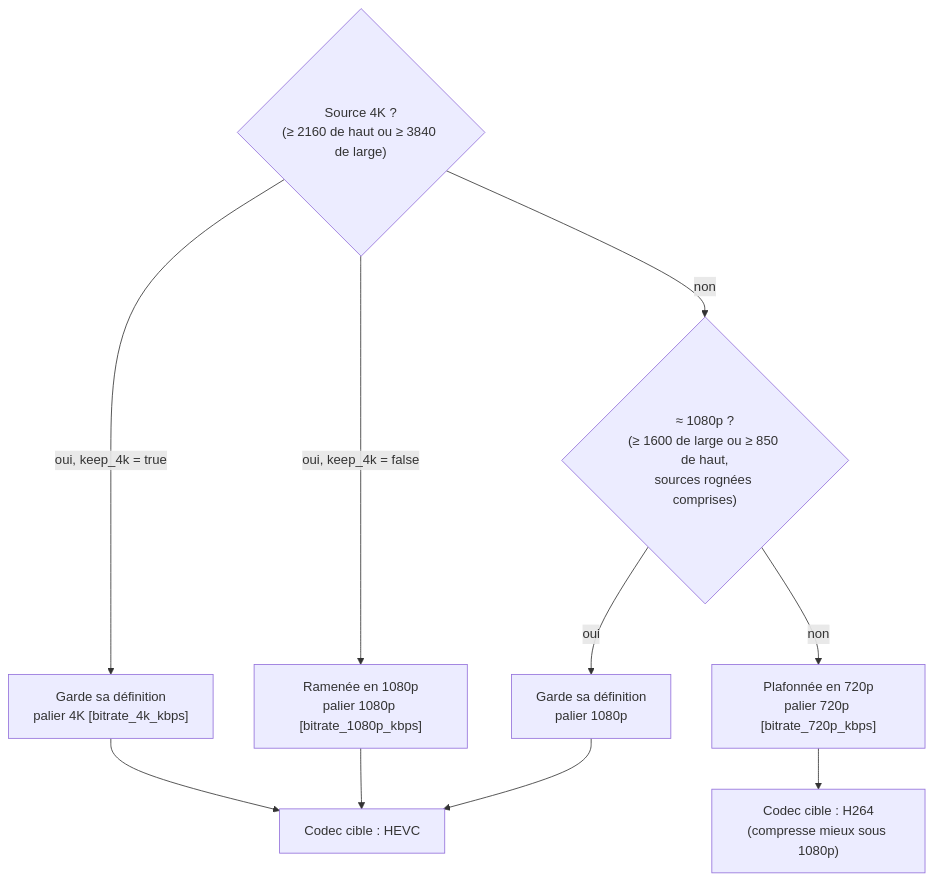
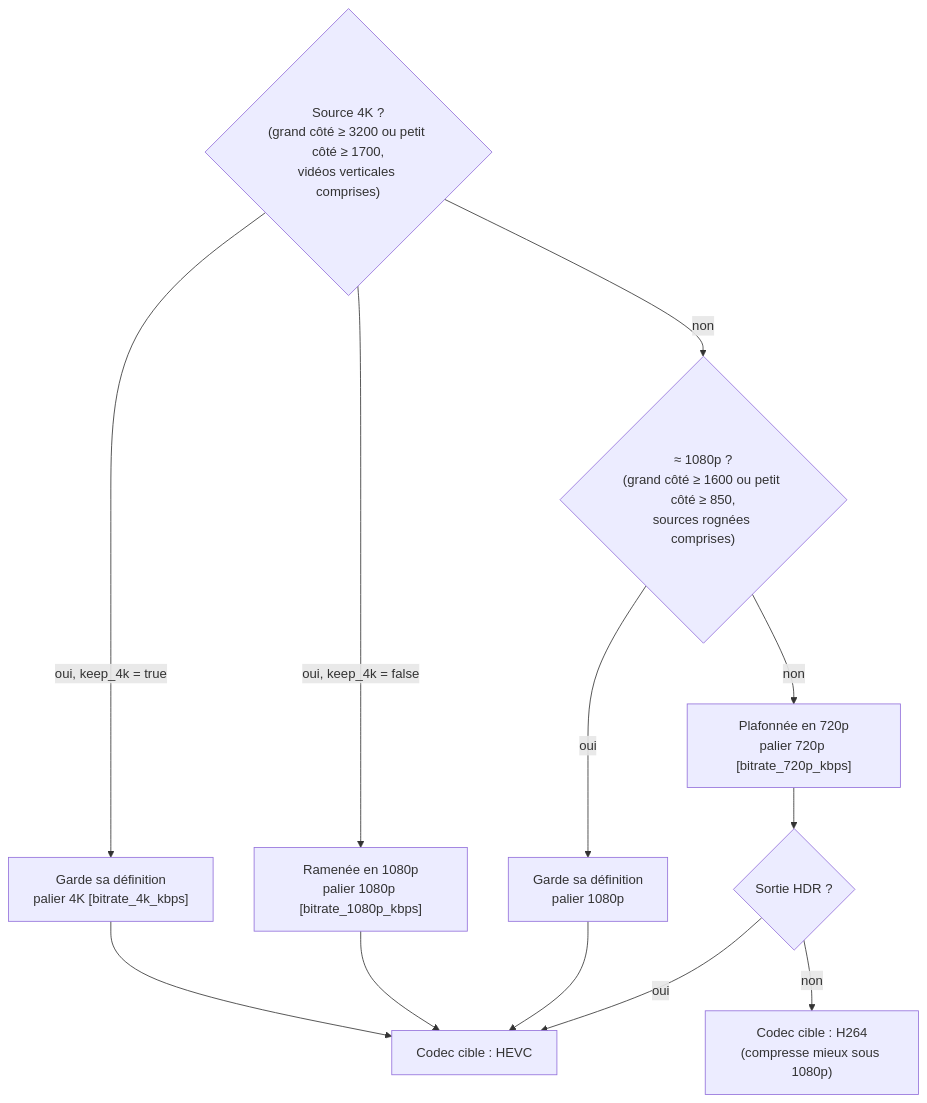
Before and after one commit to opegon/IRIS_Encode: the second of 6 diagrams in README.fr.md, drawn with Mermaid. The commit also changed other lines of this file and 21 other files, not shown here.

````diff
--- a/README.fr.md
+++ b/README.fr.md
@@ -89,13 +89,15 @@
 ```mermaid
 flowchart TD
-    D0{"Source 4K ?<br/>(≥ 2160 de haut ou ≥ 3840 de large)"}
+    D0{"Source 4K ?<br/>(grand côté ≥ 3200 ou petit côté ≥ 1700,<br/>vidéos verticales comprises)"}
     D0 -->|"oui, keep_4k = true"| D1["Garde sa définition<br/>palier 4K [bitrate_4k_kbps]"]
     D0 -->|"oui, keep_4k = false"| D2["Ramenée en 1080p<br/>palier 1080p [bitrate_1080p_kbps]"]
-    D0 -->|non| D3{"≈ 1080p ?<br/>(≥ 1600 de large ou ≥ 850 de haut,<br/>sources rognées comprises)"}
+    D0 -->|non| D3{"≈ 1080p ?<br/>(grand côté ≥ 1600 ou petit côté ≥ 850,<br/>sources rognées comprises)"}
     D3 -->|oui| D4["Garde sa définition<br/>palier 1080p"]
     D3 -->|non| D5["Plafonnée en 720p<br/>palier 720p [bitrate_720p_kbps]"]
     D1 --> K["Codec cible : HEVC"]
     D2 --> K
     D4 --> K
-    D5 --> K2["Codec cible : H264<br/>(compresse mieux sous 1080p)"]
+    D5 --> D6{"Sortie HDR ?"}
+    D6 -->|oui| K
+    D6 -->|non| K2["Codec cible : H264<br/>(compresse mieux sous 1080p)"]
 ```
````
